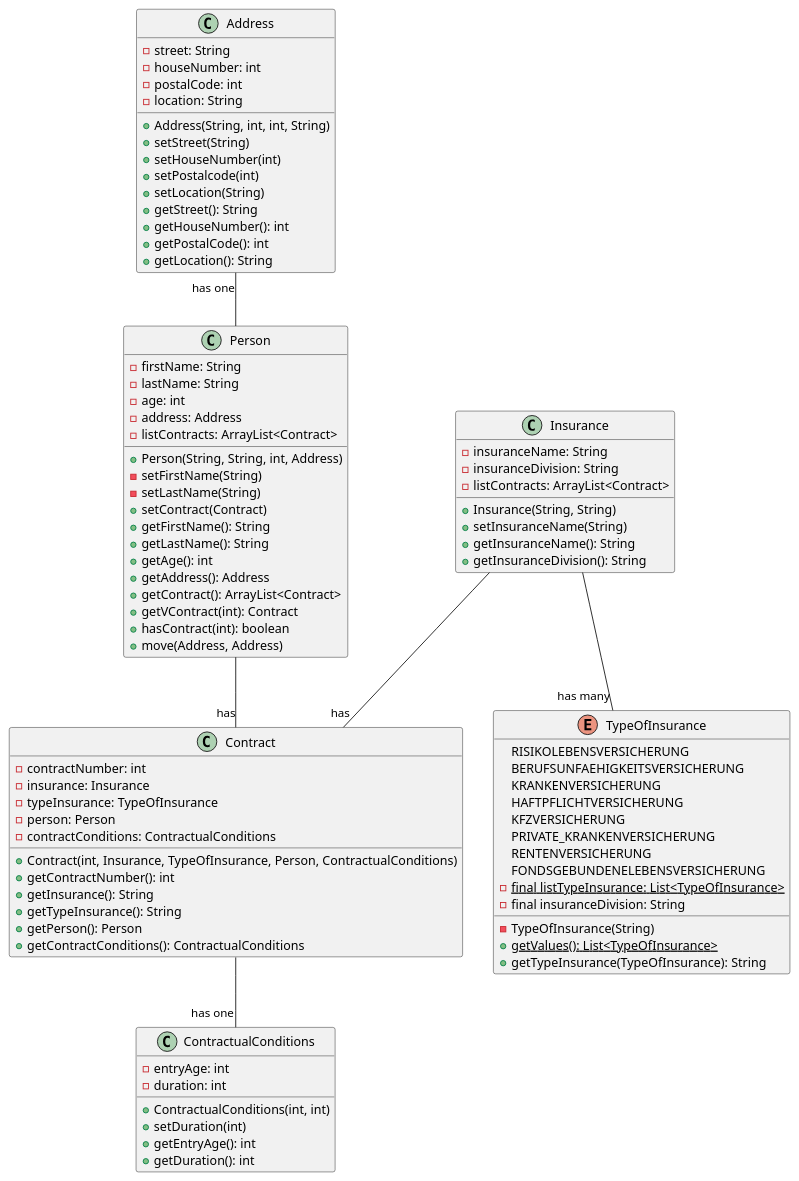
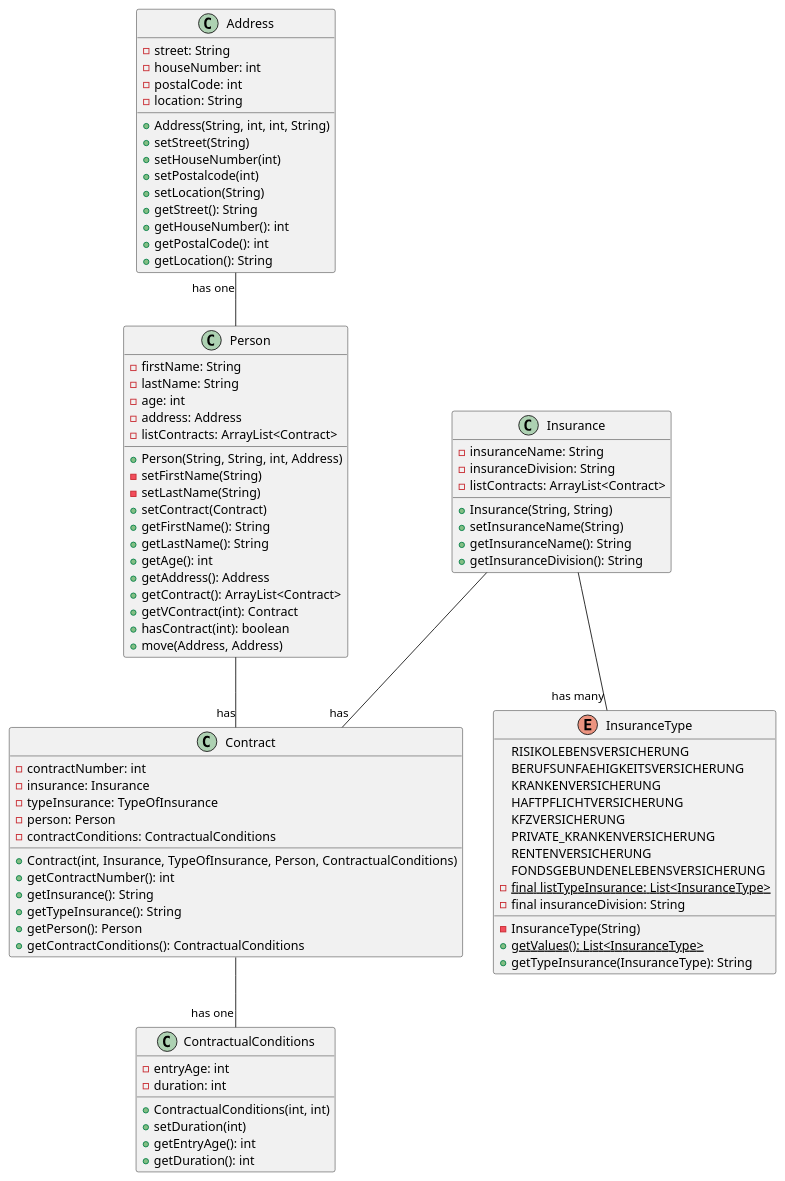
Before and after one commit to z4che93/insurance: the diagram in files/uml.puml, drawn with PlantUML. The commit also changed 1 other file, not shown here.

Commit message:
Update uml

```diff
--- a/files/uml.puml
+++ b/files/uml.puml
@@ -1,93 +1,93 @@
 @startuml
 'https://plantuml.com/class-diagram
 
 class Person{
 -firstName: String
 -lastName: String
 -age: int
 -address: Address
 -listContracts: ArrayList<Contract>
 +Person(String, String, int, Address)
 -setFirstName(String)
 -setLastName(String)
 +setContract(Contract)
 +getFirstName(): String
 +getLastName(): String
 +getAge(): int
 +getAddress(): Address
 +getContract(): ArrayList<Contract>
 +getVContract(int): Contract
 +hasContract(int): boolean
 +move(Address, Address)
 }
 class Address{
 -street: String
 -houseNumber: int
 -postalCode: int
 -location: String
 +Address(String, int, int, String)
 +setStreet(String)
 +setHouseNumber(int)
 +setPostalcode(int)
 +setLocation(String)
 +getStreet(): String
 +getHouseNumber(): int
 +getPostalCode(): int
 +getLocation(): String
 }
 class Insurance{
 -insuranceName: String
 -insuranceDivision: String
 -listContracts: ArrayList<Contract>
 +Insurance(String, String)
 +setInsuranceName(String)
 +getInsuranceName(): String
 +getInsuranceDivision(): String
 }
 class Contract{
 -contractNumber: int
 -insurance: Insurance
 -typeInsurance: TypeOfInsurance
 -person: Person
 -contractConditions: ContractualConditions
 +Contract(int, Insurance, TypeOfInsurance, Person, ContractualConditions)
 +getContractNumber(): int
 +getInsurance(): String
 +getTypeInsurance(): String
 +getPerson(): Person
 +getContractConditions(): ContractualConditions
 }
 class ContractualConditions{
 -entryAge: int
 -duration: int
 +ContractualConditions(int, int)
 +setDuration(int)
 +getEntryAge(): int
 +getDuration(): int
 }
 
-enum TypeOfInsurance{
+enum InsuranceType{
     RISIKOLEBENSVERSICHERUNG
     BERUFSUNFAEHIGKEITSVERSICHERUNG
     KRANKENVERSICHERUNG
     HAFTPFLICHTVERSICHERUNG
     KFZVERSICHERUNG
     PRIVATE_KRANKENVERSICHERUNG
     RENTENVERSICHERUNG
     FONDSGEBUNDENELEBENSVERSICHERUNG
--{static}final listTypeInsurance: List<TypeOfInsurance>
+-{static}final listTypeInsurance: List<InsuranceType>
 -final insuranceDivision: String
--TypeOfInsurance(String)
-+{static}getValues(): List<TypeOfInsurance>
-+getTypeInsurance(TypeOfInsurance): String
+-InsuranceType(String)
++{static}getValues(): List<InsuranceType>
++getTypeInsurance(InsuranceType): String
 }
 
 Address "has one" -- Person
 
 Insurance -- "has"Contract
-Insurance -- "has many"TypeOfInsurance
+Insurance -- "has many"InsuranceType
 
 Person -- "has" Contract
 
 Contract -- "has one"ContractualConditions
 @enduml
```
